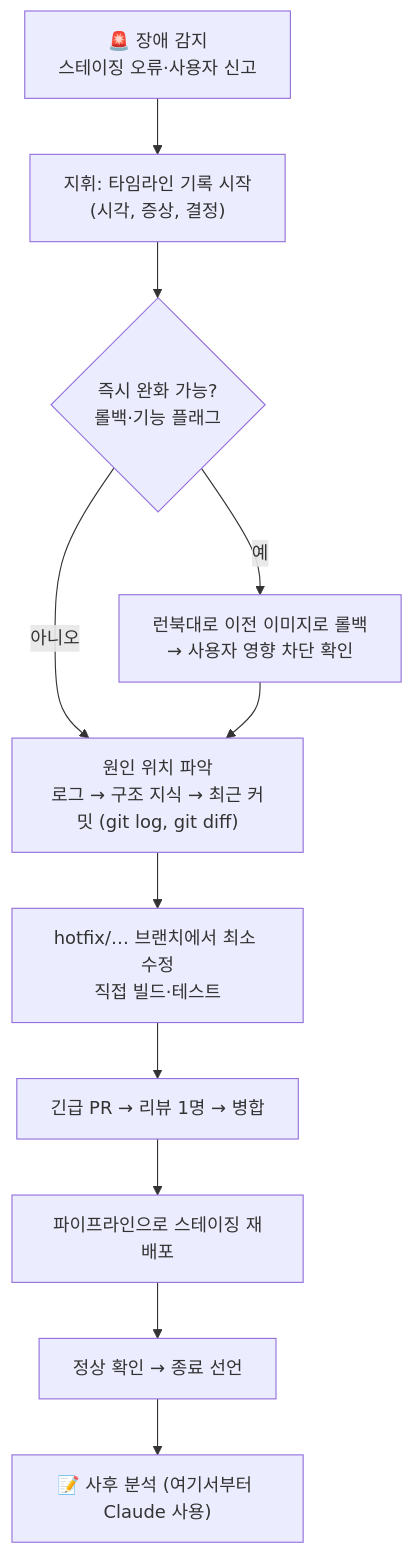
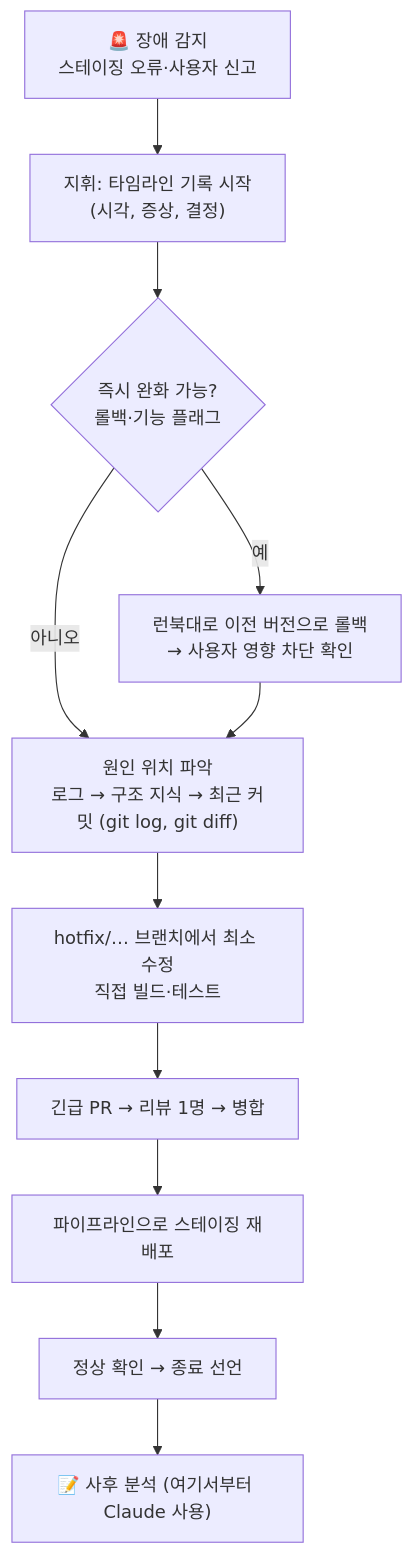
The fifth of 5 diagrams in sessions/session-08-automation-sdk-governance.md (lucky-sugar-park/claude-edu), drawn with Mermaid before and after one commit. The commit also changed other lines of this file, not shown here.

````diff
--- a/sessions/session-08-automation-sdk-governance.md
+++ b/sessions/session-08-automation-sdk-governance.md
@@ -589,13 +589,13 @@
 ```mermaid
 flowchart TD
     D["🚨 장애 감지<br/>스테이징 오류·사용자 신고"] --> T["지휘: 타임라인 기록 시작<br/>(시각, 증상, 결정)"]
     T --> Q{"즉시 완화 가능?<br/>롤백·기능 플래그"}
-    Q -- 예 --> RB["런북대로 이전 이미지로 롤백<br/>→ 사용자 영향 차단 확인"]
+    Q -- 예 --> RB["런북대로 이전 버전으로 롤백<br/>→ 사용자 영향 차단 확인"]
     Q -- 아니오 --> AN
     RB --> AN["원인 위치 파악<br/>로그 → 구조 지식 → 최근 커밋 (git log, git diff)"]
     AN --> HF["hotfix/… 브랜치에서 최소 수정<br/>직접 빌드·테스트"]
     HF --> PR["긴급 PR → 리뷰 1명 → 병합"]
     PR --> DP["파이프라인으로 스테이징 재배포"]
     DP --> V["정상 확인 → 종료 선언"]
     V --> PM["📝 사후 분석 (여기서부터 Claude 사용)"]
 ```
````
